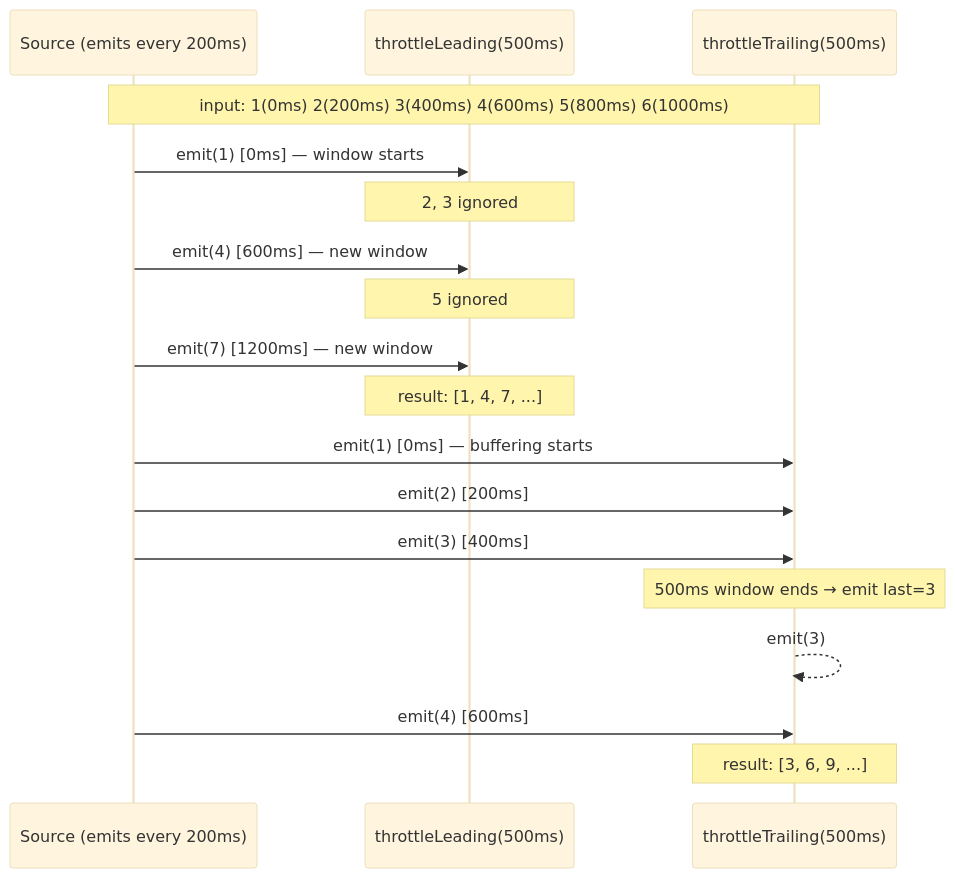
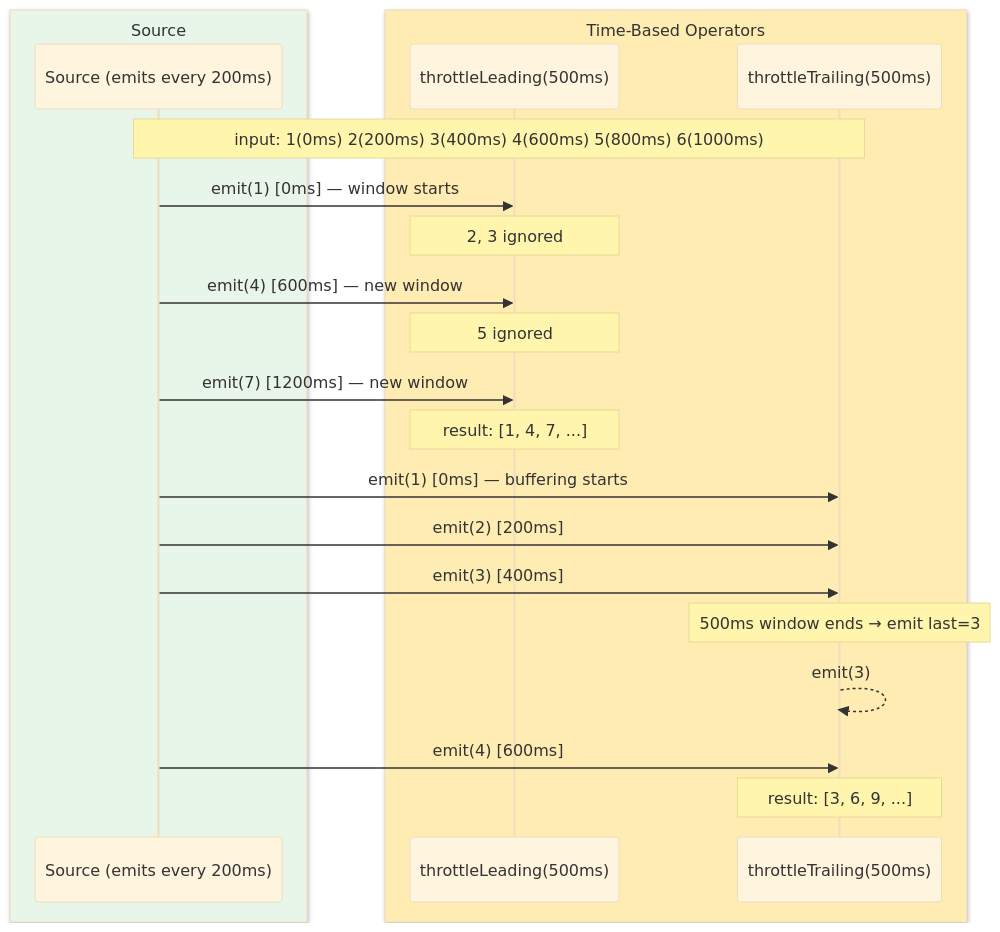
One commit to bluetape4k/bluetape4k-projects changed diagram 11 of 16 in bluetape4k/coroutines/README.md. Above: the diagram before and after it, drawn with Mermaid (base theme). The commit also changed other lines of this file and 221 other files, not shown here.

First line of the commit message:
docs: 전체 모듈 README UML 다이어그램 보강 및 색상 업그레이드

````diff
--- a/bluetape4k/coroutines/README.md
+++ b/bluetape4k/coroutines/README.md
@@ -486,20 +567,24 @@
 ```mermaid
 sequenceDiagram
-    participant S as Source (emits every 200ms)
-    participant TL as throttleLeading(500ms)
-    participant TT as throttleTrailing(500ms)
+    box rgb(232, 245, 233) Source
+        participant S as Source (emits every 200ms)
+    end
+    box rgb(255, 236, 179) Time-Based Operators
+        participant TL as throttleLeading(500ms)
+        participant TT as throttleTrailing(500ms)
+    end
     Note over S, TT: input: 1(0ms) 2(200ms) 3(400ms) 4(600ms) 5(800ms) 6(1000ms)
     S ->> TL: emit(1) [0ms] — window starts
     Note over TL: 2, 3 ignored
     S ->> TL: emit(4) [600ms] — new window
     Note over TL: 5 ignored
     S ->> TL: emit(7) [1200ms] — new window
     Note over TL: result: [1, 4, 7, ...]
     S ->> TT: emit(1) [0ms] — buffering starts
     S ->> TT: emit(2) [200ms]
     S ->> TT: emit(3) [400ms]
     Note over TT: 500ms window ends → emit last=3
     TT -->> TT: emit(3)
     S ->> TT: emit(4) [600ms]
     Note over TT: result: [3, 6, 9, ...]
 ```
````
